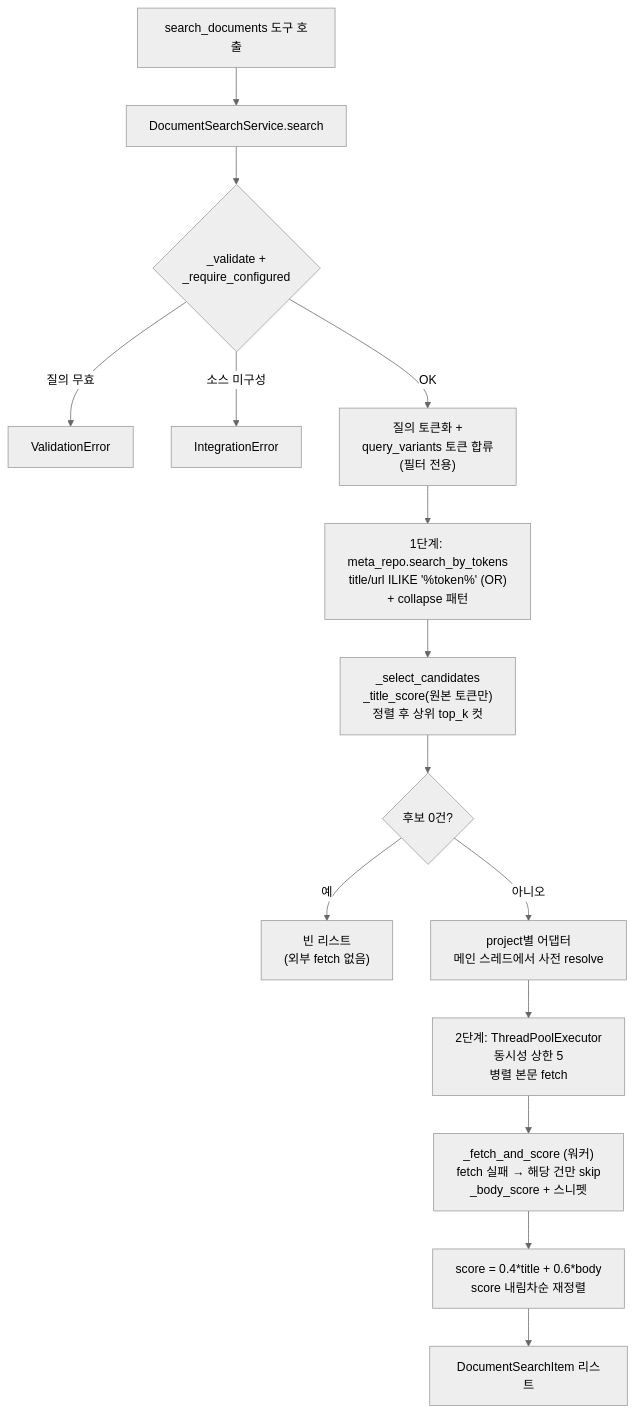
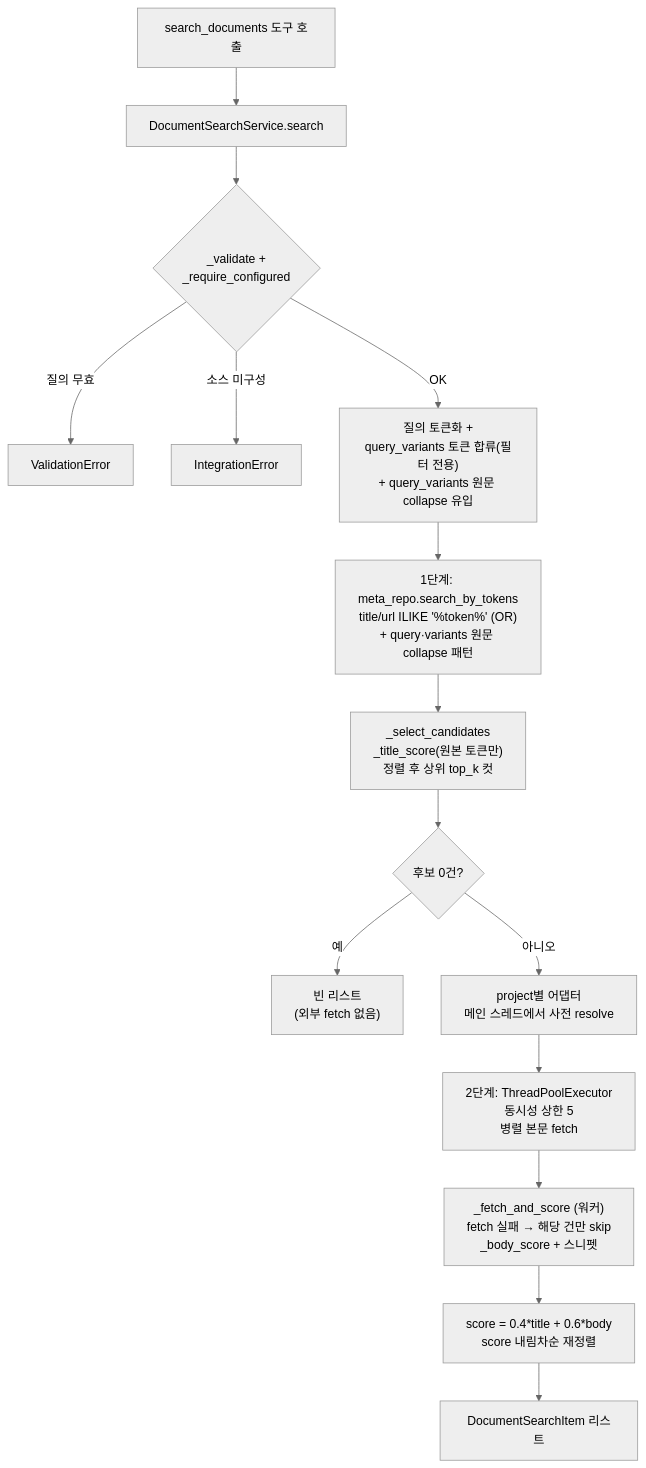
One commit to khangte/docs-mcp changed the second of 2 diagrams in docs/search-flow.md. Above: the diagram before and after it, drawn with Mermaid (neutral theme). The commit also changed other lines of this file and 5 other files, not shown here.

First line of the commit message:
fix: search_by_tokens collapse 매칭이 query_variants 반영하도록 수정

````diff
--- a/docs/search-flow.md
+++ b/docs/search-flow.md
@@ -122,17 +122,17 @@
 ```mermaid
 flowchart TD
     A["search_documents 도구 호출"] --> B["DocumentSearchService.search"]
     B --> V{"_validate +<br/>_require_configured"}
     V -->|"질의 무효"| ERR1["ValidationError"]
     V -->|"소스 미구성"| ERR2["IntegrationError"]
-    V -->|"OK"| T["질의 토큰화 +<br/>query_variants 토큰 합류<br/>(필터 전용)"]
-    T --> S1["1단계: meta_repo.search_by_tokens<br/>title/url ILIKE '%token%' (OR)<br/>+ collapse 패턴"]
+    V -->|"OK"| T["질의 토큰화 +<br/>query_variants 토큰 합류(필터 전용)<br/>+ query_variants 원문 collapse 유입"]
+    T --> S1["1단계: meta_repo.search_by_tokens<br/>title/url ILIKE '%token%' (OR)<br/>+ query·variants 원문 collapse 패턴"]
     S1 --> SC["_select_candidates<br/>_title_score(원본 토큰만)<br/>정렬 후 상위 top_k 컷"]
     SC --> Z{"후보 0건?"}
     Z -->|"예"| EMPTY["빈 리스트<br/>(외부 fetch 없음)"]
     Z -->|"아니오"| PR["project별 어댑터<br/>메인 스레드에서 사전 resolve"]
     PR --> POOL["2단계: ThreadPoolExecutor<br/>동시성 상한 5<br/>병렬 본문 fetch"]
     POOL --> FS["_fetch_and_score (워커)<br/>fetch 실패 → 해당 건만 skip<br/>_body_score + 스니펫"]
     FS --> RANK["score = 0.4*title + 0.6*body<br/>score 내림차순 재정렬"]
     RANK --> OUT["DocumentSearchItem 리스트"]
 ```
````
